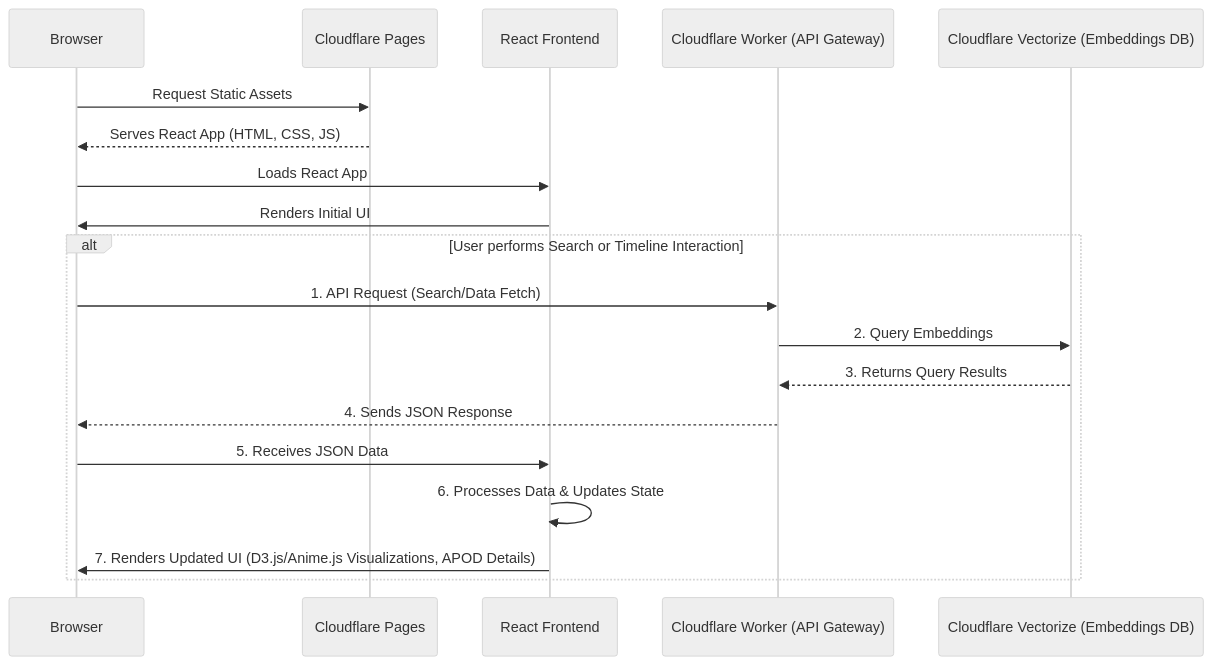
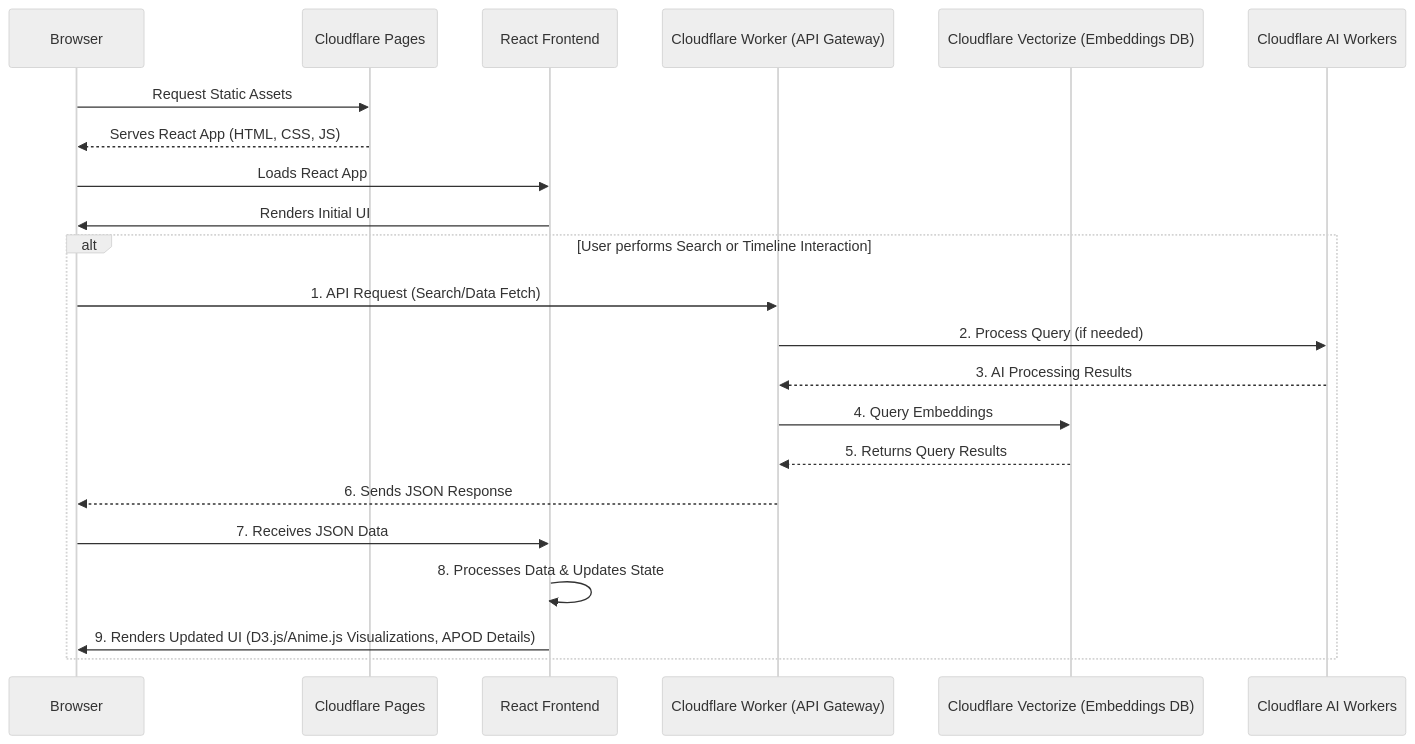
The diagram in README.md (darleison-rodrigues/apod-imagery), drawn with Mermaid (neutral theme) before and after one commit. The commit also changed other lines of this file and 6 other files, not shown here.

````diff
--- a/README.md
+++ b/README.md
@@ -11,23 +32,26 @@
 ```mermaid
 sequenceDiagram
     participant Browser
     participant CloudflarePages as Cloudflare Pages
     participant ReactFrontend as React Frontend
     participant CloudflareWorker as Cloudflare Worker (API Gateway)
     participant CloudflareVectorize as Cloudflare Vectorize (Embeddings DB)
+    participant CloudflareAI as Cloudflare AI Workers
 
     Browser->>CloudflarePages: Request Static Assets
     CloudflarePages-->>Browser: Serves React App (HTML, CSS, JS)
     Browser->>ReactFrontend: Loads React App
     ReactFrontend->>Browser: Renders Initial UI
 
     alt User performs Search or Timeline Interaction
         Browser->>CloudflareWorker: 1. API Request (Search/Data Fetch)
-        CloudflareWorker->>CloudflareVectorize: 2. Query Embeddings
-        CloudflareVectorize-->>CloudflareWorker: 3. Returns Query Results
-        CloudflareWorker-->>Browser: 4. Sends JSON Response
-        Browser->>ReactFrontend: 5. Receives JSON Data
-        ReactFrontend->>ReactFrontend: 6. Processes Data & Updates State
-        ReactFrontend->>Browser: 7. Renders Updated UI (D3.js/Anime.js Visualizations, APOD Details)
+        CloudflareWorker->>CloudflareAI: 2. Process Query (if needed)
+        CloudflareAI-->>CloudflareWorker: 3. AI Processing Results
+        CloudflareWorker->>CloudflareVectorize: 4. Query Embeddings
+        CloudflareVectorize-->>CloudflareWorker: 5. Returns Query Results
+        CloudflareWorker-->>Browser: 6. Sends JSON Response
+        Browser->>ReactFrontend: 7. Receives JSON Data
+        ReactFrontend->>ReactFrontend: 8. Processes Data & Updates State
+        ReactFrontend->>Browser: 9. Renders Updated UI (D3.js/Anime.js Visualizations, APOD Details)
     end
 ```
````
